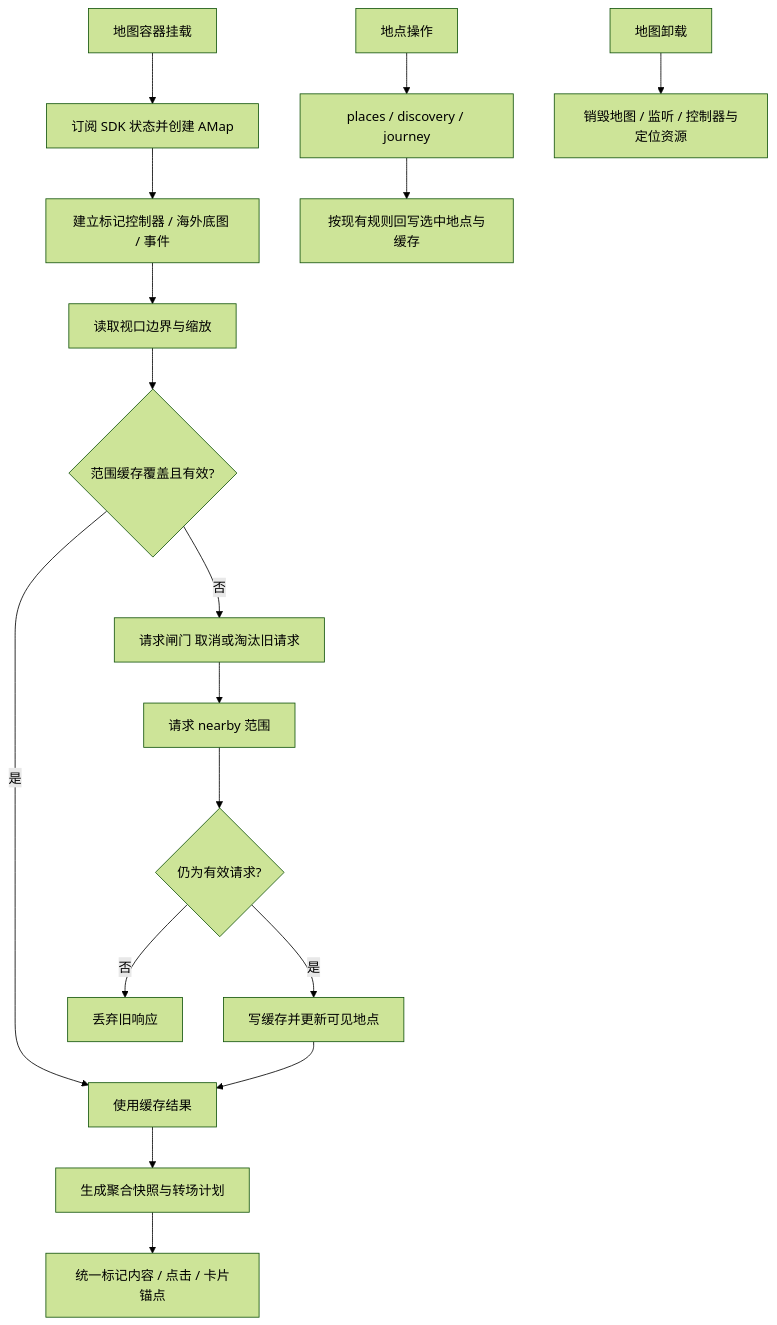
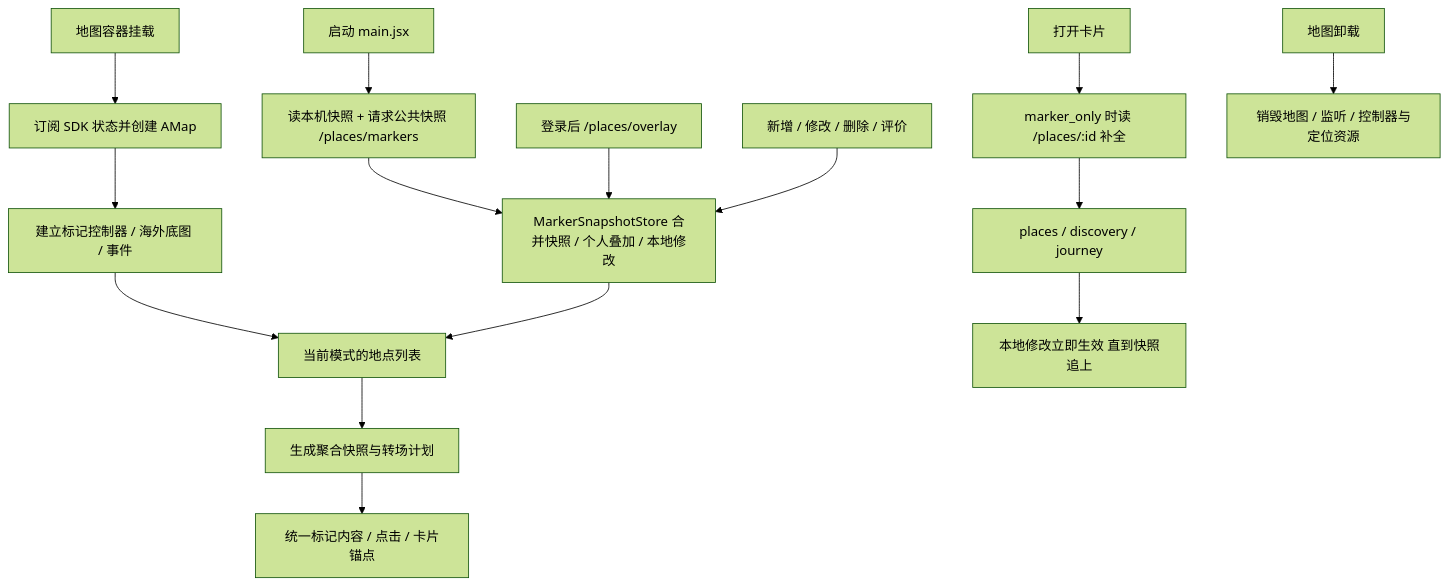
One commit to DinnerpartyFoodMap/dinnerparty_community changed the diagram in frontend/src/map/doc/README.md. Above: the diagram before and after it, drawn with Mermaid (forest theme). The commit also changed other lines of this file and 31 other files, not shown here.

````diff
--- a/frontend/src/map/doc/README.md
+++ b/frontend/src/map/doc/README.md
@@ -25,19 +27,17 @@
 ```mermaid
 flowchart TD
     Mount[地图容器挂载] --> SDK[订阅 SDK 状态并创建 AMap]
     SDK --> Setup[建立标记控制器 / 海外底图 / 事件]
-    Setup --> View[读取视口边界与缩放]
-    View --> Cache{范围缓存覆盖且有效?}
-    Cache -->|是| Render[使用缓存结果]
-    Cache -->|否| Gate[请求闸门 取消或淘汰旧请求]
-    Gate --> API[请求 nearby 范围]
-    API --> Current{仍为有效请求?}
-    Current -->|否| Ignore[丢弃旧响应]
-    Current -->|是| Merge[写缓存并更新可见地点]
-    Merge --> Render
+    Boot[启动 main.jsx] --> Snapshot[读本机快照 + 请求公共快照 /places/markers]
+    Snapshot --> Store[MarkerSnapshotStore 合并快照 / 个人叠加 / 本地修改]
+    Overlay[登录后 /places/overlay] --> Store
+    Local[新增 / 修改 / 删除 / 评价] --> Store
+    Setup --> Render[当前模式的地点列表]
+    Store --> Render
     Render --> Cluster[生成聚合快照与转场计划]
     Cluster --> Markers[统一标记内容 / 点击 / 卡片锚点]
-    Select[地点操作] --> Business[places / discovery / journey]
-    Business --> Patch[按现有规则回写选中地点与缓存]
+    Select[打开卡片] --> Detail[marker_only 时读 /places/:id 补全]
+    Detail --> Business[places / discovery / journey]
+    Business --> Patch[本地修改立即生效 直到快照追上]
     Leave[地图卸载] --> Cleanup[销毁地图 / 监听 / 控制器与定位资源]
 ```
````
